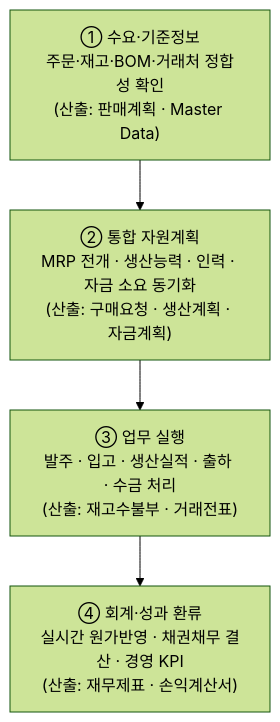
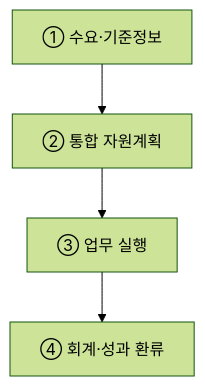
One commit to agnusdei1207/study changed the first of 3 diagrams in src/content/docs/notes/itpe/01-it-strategy/068_erp.md. Above: the diagram before and after it, drawn with Mermaid (forest theme). The commit also changed other lines of this file and 19 other files, not shown here.

````diff
--- a/src/content/docs/notes/itpe/01-it-strategy/068_erp.md
+++ b/src/content/docs/notes/itpe/01-it-strategy/068_erp.md
@@ -54,9 +56,4 @@
 ```mermaid
 flowchart TD
-    S1["① 수요·기준정보<br/>주문·재고·BOM·거래처 정합성 확인<br/>(산출: 판매계획 · Master Data)"]
-    S2["② 통합 자원계획<br/>MRP 전개 · 생산능력 · 인력 · 자금 소요 동기화<br/>(산출: 구매요청 · 생산계획 · 자금계획)"]
-    S3["③ 업무 실행<br/>발주 · 입고 · 생산실적 · 출하 · 수금 처리<br/>(산출: 재고수불부 · 거래전표)"]
-    S4["④ 회계·성과 환류<br/>실시간 원가반영 · 채권채무 결산 · 경영 KPI<br/>(산출: 재무제표 · 손익계산서)"]
-
-    S1 --> S2 --> S3 --> S4
+    S1["① 수요·기준정보"] --> S2["② 통합 자원계획"] --> S3["③ 업무 실행"] --> S4["④ 회계·성과 환류"]
 ```
````
